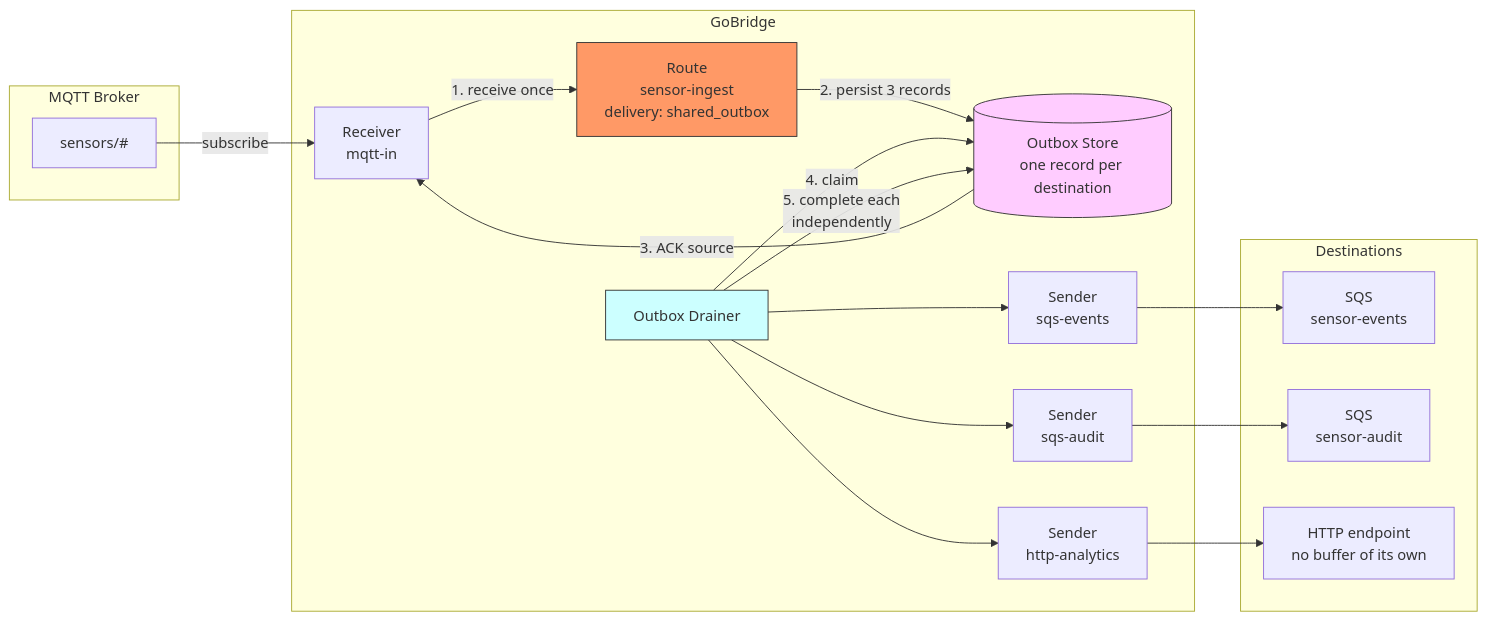
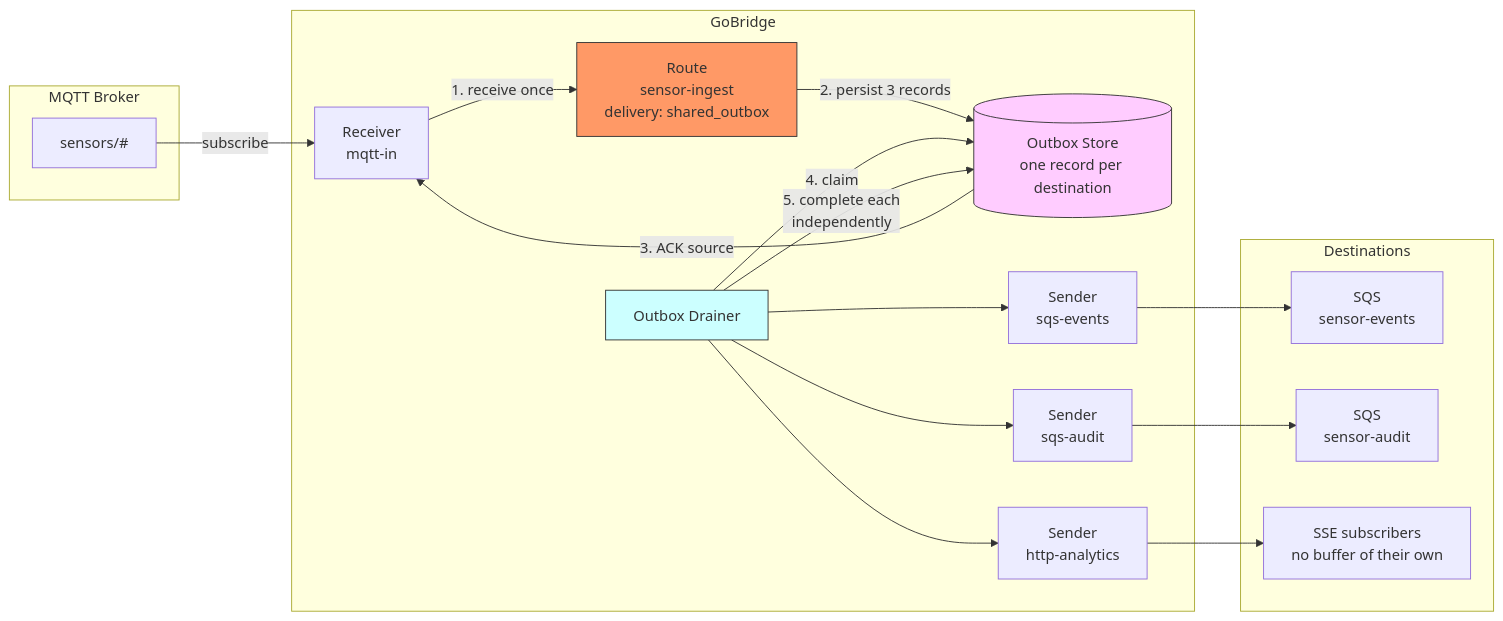
The first of 3 diagrams in docs/scenarios/05-durable-shared-outbox.md (mariotoffia/gobridge), drawn with Mermaid before and after one commit. The commit also changed other lines of this file and 82 other files, not shown here.

````diff
--- a/docs/scenarios/05-durable-shared-outbox.md
+++ b/docs/scenarios/05-durable-shared-outbox.md
@@ -29,36 +29,36 @@
 ```mermaid
 flowchart LR
     subgraph MQTT Broker
         T["sensors/#"]
     end
 
     subgraph GoBridge
         R[Receiver\nmqtt-in]
         Route[Route\nsensor-ingest\ndelivery: shared_outbox]
         OB[(Outbox Store\none record per destination)]
         DR[Outbox Drainer]
         S1[Sender\nsqs-events]
         S2[Sender\nsqs-audit]
         S3[Sender\nhttp-analytics]
     end
 
     subgraph Destinations
         Q1["SQS\nsensor-events"]
         Q2["SQS\nsensor-audit"]
-        H["HTTP endpoint\nno buffer of its own"]
+        H["SSE subscribers\nno buffer of their own"]
     end
 
     T -->|subscribe| R
     R -->|1. receive once| Route
     Route -->|2. persist 3 records| OB
     OB -->|3. ACK source| R
     DR -->|4. claim| OB
     DR --> S1 --> Q1
     DR --> S2 --> Q2
     DR --> S3 --> H
     DR -->|5. complete each\nindependently| OB
 
     style Route fill:#f96,stroke:#333
     style OB fill:#fcf,stroke:#333
     style DR fill:#cff,stroke:#333
 ```
````
